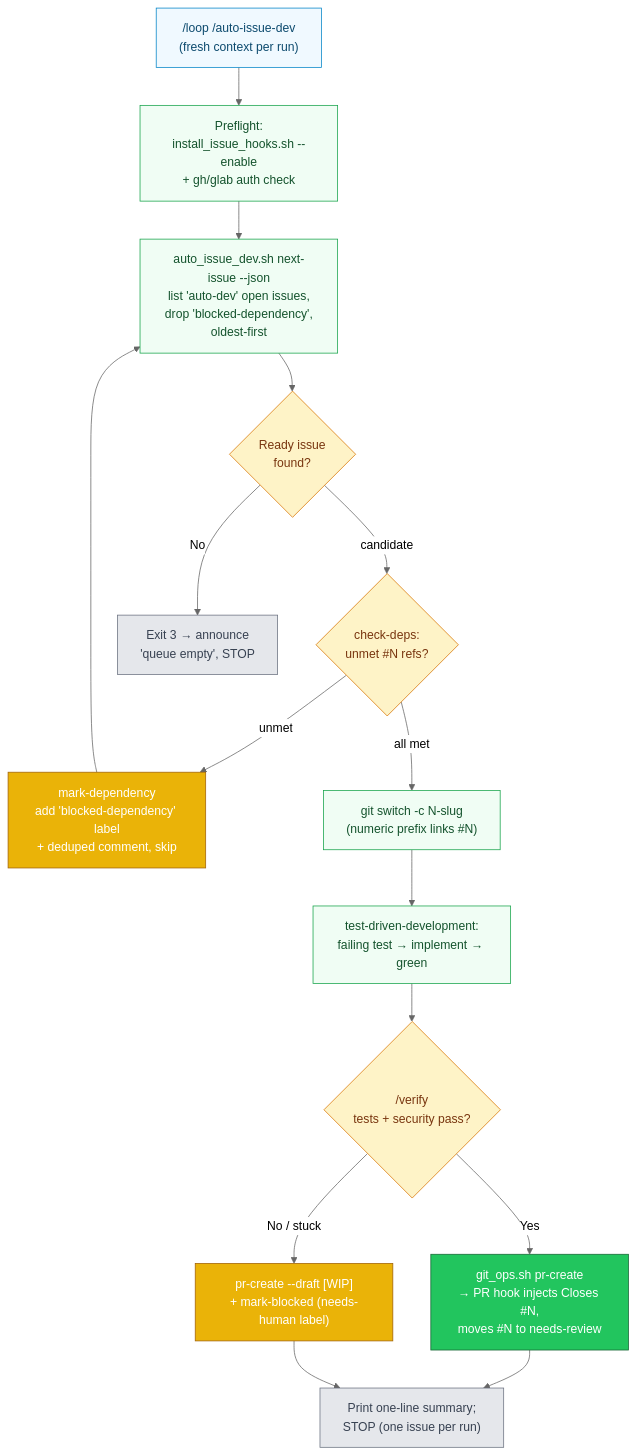
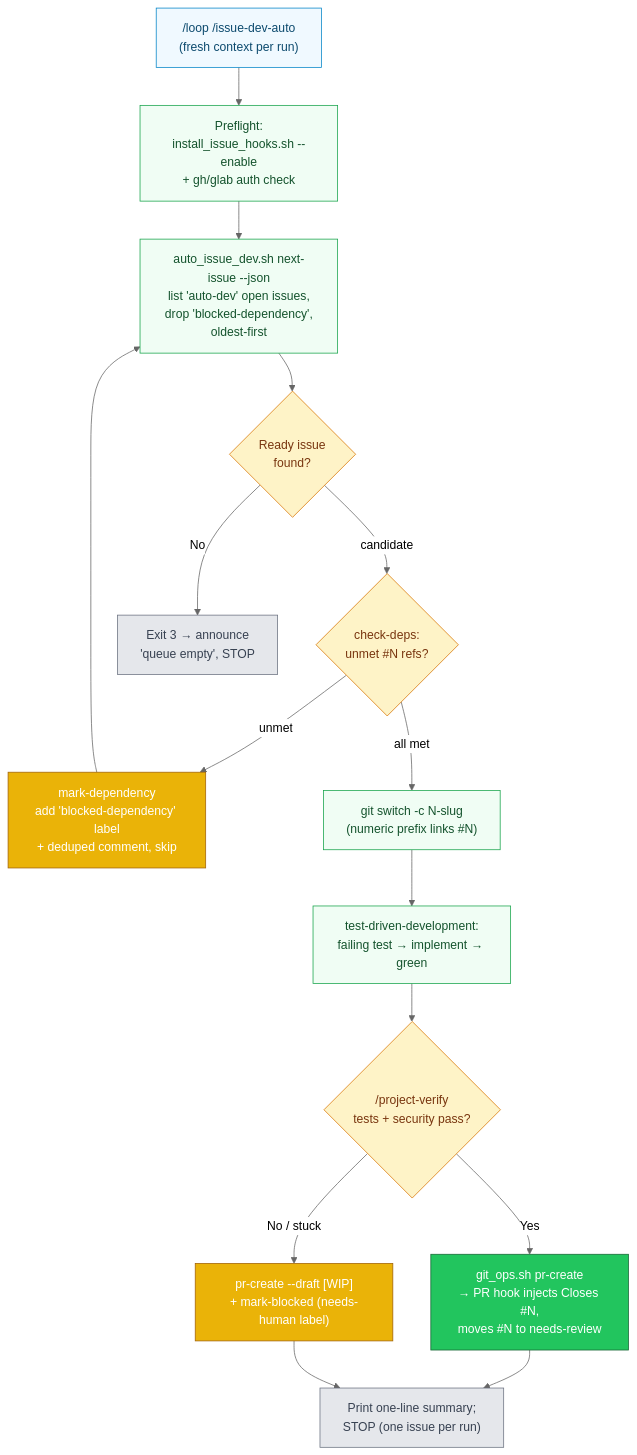
Diagram 17 of 19 in docs/ARCHITECTURE_DIAGRAMS.md (RB-chrismandich/Manifest), drawn with Mermaid before and after one commit. The commit also changed other lines of this file and 249 other files, not shown here.

````diff
--- a/docs/ARCHITECTURE_DIAGRAMS.md
+++ b/docs/ARCHITECTURE_DIAGRAMS.md
@@ -1390,41 +1390,41 @@
 ```mermaid
 %%{init: {'theme':'neutral'}}%%
 flowchart TD
     classDef input fill:#f0f9ff,stroke:#0284c7,color:#0c4a6e
     classDef process fill:#f0fdf4,stroke:#16a34a,color:#14532d
     classDef decision fill:#fef3c7,stroke:#d97706,color:#78350f
     classDef success fill:#22c55e,stroke:#166534,color:#fff
     classDef warning fill:#eab308,stroke:#a16207,color:#fff
     classDef stop fill:#e5e7eb,stroke:#6b7280,color:#374151
 
-    LOOP["/loop /auto-issue-dev<br/>(fresh context per run)"]:::input
+    LOOP["/loop /issue-dev-auto<br/>(fresh context per run)"]:::input
     PREFLIGHT["Preflight:<br/>install_issue_hooks.sh --enable<br/>+ gh/glab auth check"]:::process
 
     NEXT["auto_issue_dev.sh next-issue --json<br/>list 'auto-dev' open issues,<br/>drop 'blocked-dependency',<br/>oldest-first"]:::process
     DEPCHECK{"check-deps:<br/>unmet #N refs?"}:::decision
     MARK_DEP["mark-dependency<br/>add 'blocked-dependency' label<br/>+ deduped comment, skip"]:::warning
 
     READY{"Ready issue<br/>found?"}:::decision
     STOP_EMPTY["Exit 3 → announce<br/>'queue empty', STOP"]:::stop
 
     BRANCH["git switch -c N-slug<br/>(numeric prefix links #N)"]:::process
     TDD["test-driven-development:<br/>failing test → implement → green"]:::process
-    VERIFY{"/verify<br/>tests + security pass?"}:::decision
+    VERIFY{"/project-verify<br/>tests + security pass?"}:::decision
 
     PR["git_ops.sh pr-create<br/>→ PR hook injects Closes #N,<br/>moves #N to needs-review"]:::success
     DRAFT["pr-create --draft [WIP]<br/>+ mark-blocked (needs-human label)"]:::warning
     SUMMARY["Print one-line summary;<br/>STOP (one issue per run)"]:::stop
 
     LOOP --> PREFLIGHT --> NEXT
     NEXT --> READY
     READY -->|No| STOP_EMPTY
     READY -->|candidate| DEPCHECK
     DEPCHECK -->|unmet| MARK_DEP
     MARK_DEP --> NEXT
     DEPCHECK -->|all met| BRANCH
     BRANCH --> TDD --> VERIFY
     VERIFY -->|Yes| PR
     VERIFY -->|No / stuck| DRAFT
     PR --> SUMMARY
     DRAFT --> SUMMARY
 ```
````
